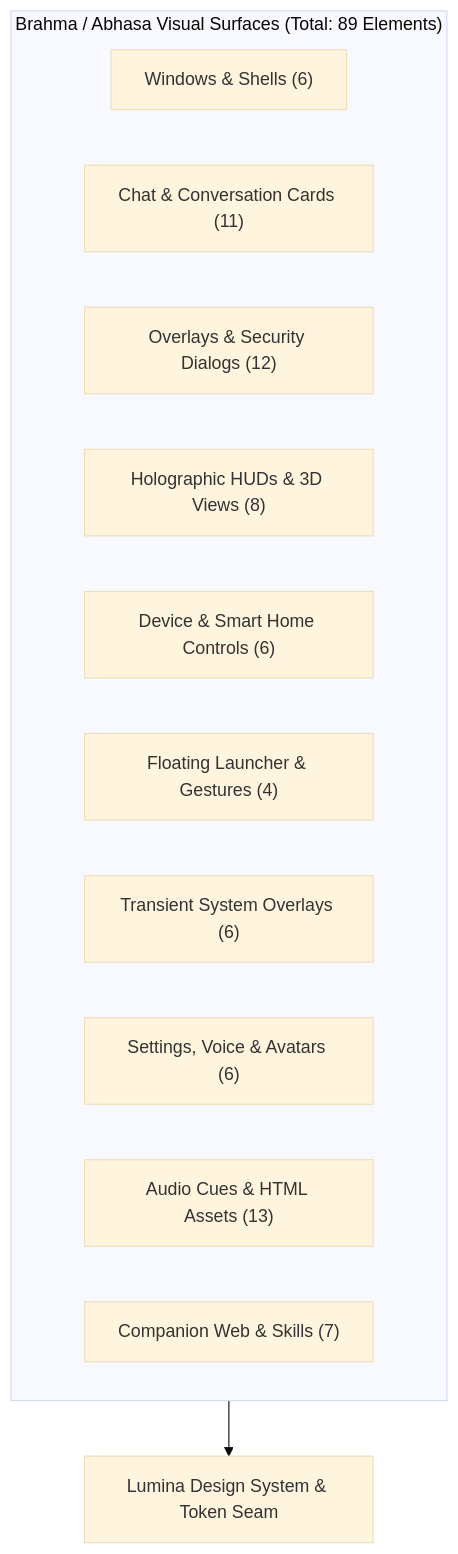
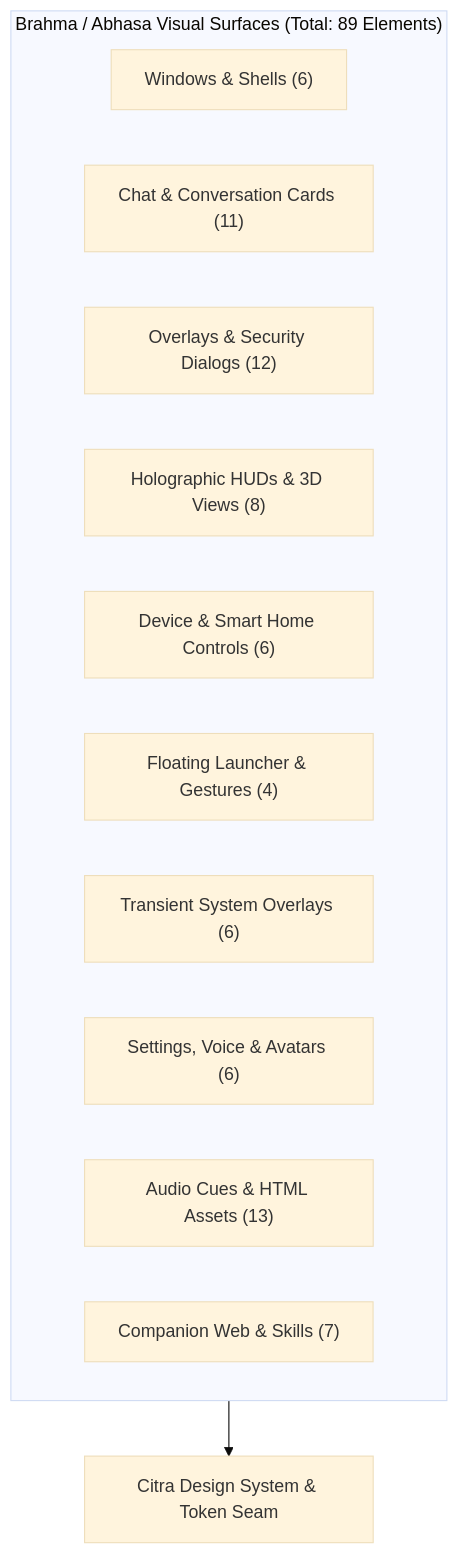
Before and after one commit to SynapticSmith/Brahma-Ai-Evo: the diagram in docs/CURRENT-VISUAL-INVENTORY.md, drawn with Mermaid (base theme). The commit also changed other lines of this file and 5 other files, not shown here.

First line of the commit message:
Rebrand visual design docs as Citra

````diff
--- a/docs/CURRENT-VISUAL-INVENTORY.md
+++ b/docs/CURRENT-VISUAL-INVENTORY.md
@@ -21,16 +21,16 @@
 ```mermaid
 flowchart TD
     subgraph Surfaces["Brahma / Abhasa Visual Surfaces (Total: 89 Elements)"]
         W["Windows & Shells (6)"]
         C["Chat & Conversation Cards (11)"]
         O["Overlays & Security Dialogs (12)"]
         H["Holographic HUDs & 3D Views (8)"]
         D["Device & Smart Home Controls (6)"]
         F["Floating Launcher & Gestures (4)"]
         T["Transient System Overlays (6)"]
         S["Settings, Voice & Avatars (6)"]
         A["Audio Cues & HTML Assets (13)"]
         K["Companion Web & Skills (7)"]
     end
-    Surfaces --> LuminaMap["Lumina Design System & Token Seam"]
+    Surfaces --> CitraMap["Citra Design System & Token Seam"]
 ```
````
